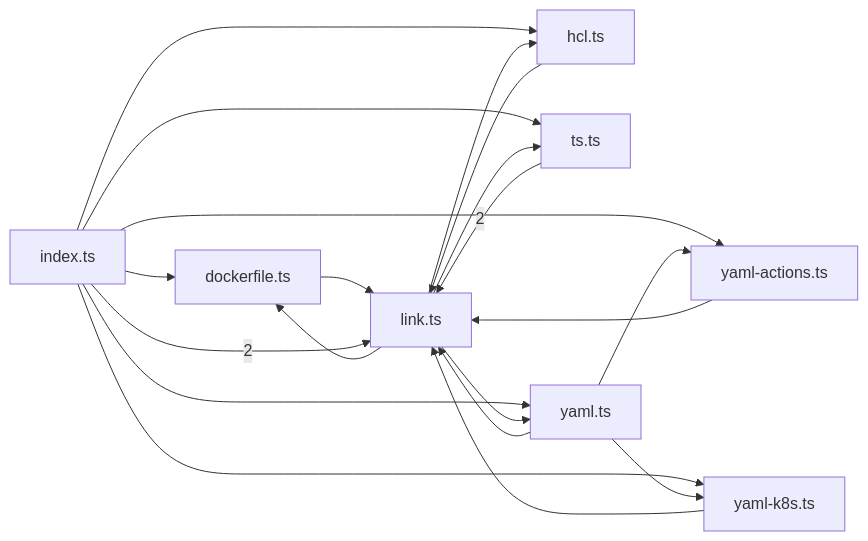
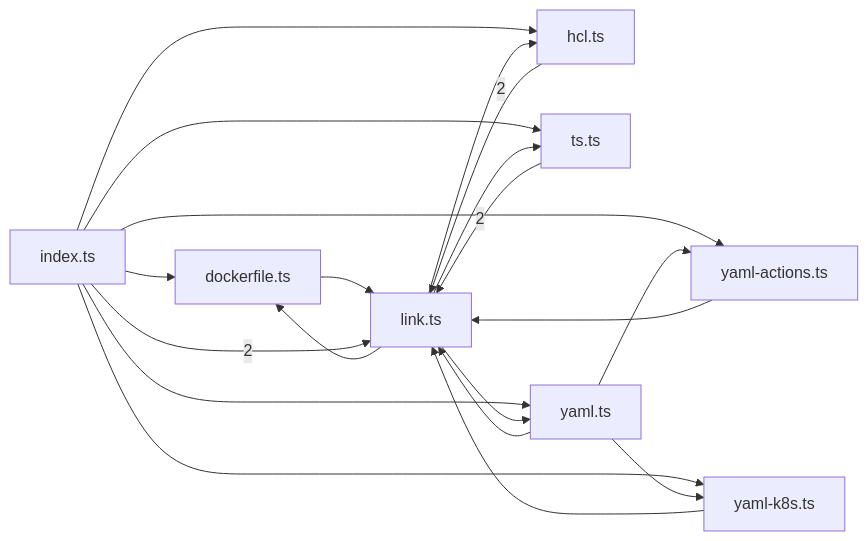
One commit to sns45/greplost changed the fifth of 8 diagrams in .greplost/packages/greplost__core/MAP.md. Above: the diagram before and after it, drawn with Mermaid. The commit also changed other lines of this file and 21 other files, not shown here.

Commit message:
structural: S5 keyed by endpoints when the oracle carries no reference kinds; S6 counts every schema node id; local is a node kind

````diff
--- a/.greplost/packages/greplost__core/MAP.md
+++ b/.greplost/packages/greplost__core/MAP.md
@@ -299,30 +300,30 @@
 ```mermaid
 graph LR
   packages_core_src_references_dockerfile_ts["dockerfile.ts"]
   packages_core_src_references_hcl_ts["hcl.ts"]
   packages_core_src_references_index_ts["index.ts"]
   packages_core_src_references_link_ts["link.ts"]
   packages_core_src_references_ts_ts["ts.ts"]
   packages_core_src_references_yaml_actions_ts["yaml-actions.ts"]
   packages_core_src_references_yaml_k8s_ts["yaml-k8s.ts"]
   packages_core_src_references_yaml_ts["yaml.ts"]
   packages_core_src_references_dockerfile_ts --> packages_core_src_references_link_ts
-  packages_core_src_references_hcl_ts --> packages_core_src_references_link_ts
+  packages_core_src_references_hcl_ts -->|2| packages_core_src_references_link_ts
   packages_core_src_references_index_ts --> packages_core_src_references_dockerfile_ts
   packages_core_src_references_index_ts --> packages_core_src_references_hcl_ts
   packages_core_src_references_index_ts -->|2| packages_core_src_references_link_ts
   packages_core_src_references_index_ts --> packages_core_src_references_ts_ts
   packages_core_src_references_index_ts --> packages_core_src_references_yaml_actions_ts
   packages_core_src_references_index_ts --> packages_core_src_references_yaml_k8s_ts
   packages_core_src_references_index_ts --> packages_core_src_references_yaml_ts
   packages_core_src_references_link_ts --> packages_core_src_references_dockerfile_ts
   packages_core_src_references_link_ts --> packages_core_src_references_hcl_ts
   packages_core_src_references_link_ts --> packages_core_src_references_ts_ts
   packages_core_src_references_link_ts --> packages_core_src_references_yaml_ts
   packages_core_src_references_ts_ts -->|2| packages_core_src_references_link_ts
   packages_core_src_references_yaml_actions_ts --> packages_core_src_references_link_ts
   packages_core_src_references_yaml_k8s_ts --> packages_core_src_references_link_ts
   packages_core_src_references_yaml_ts --> packages_core_src_references_link_ts
   packages_core_src_references_yaml_ts --> packages_core_src_references_yaml_actions_ts
   packages_core_src_references_yaml_ts --> packages_core_src_references_yaml_k8s_ts
 ```
````
